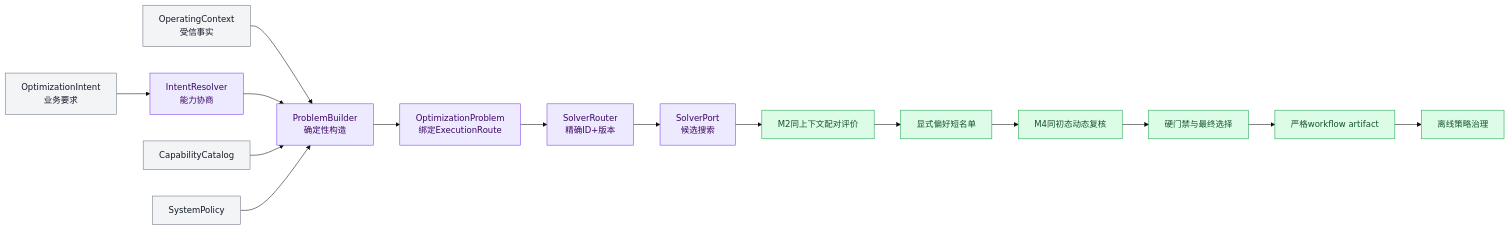
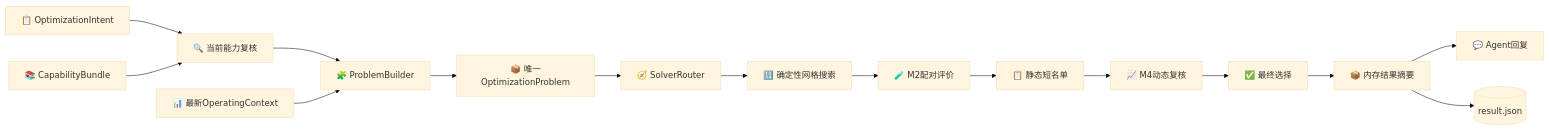
The diagram in docs/rto/01_RTO系统综合说明.md (lvguima/petroleum_rto_agent), drawn with Mermaid (base theme) before and after one commit. The commit also changed other lines of this file and 40 other files, not shown here.

````diff
--- a/docs/rto/01_RTO系统综合说明.md
+++ b/docs/rto/01_RTO系统综合说明.md
@@ -20,27 +20,20 @@
 ```mermaid
 flowchart LR
     accTitle: 当前离线RTO执行链
-    accDescr: 结构化意图和受信上下文分别校验后只构造一次不可变问题，问题绑定唯一执行路线；求解器通过统一评价边界取得M2和M4配对证据，最终结果再进入严格artifact与离线策略治理。
+    accDescr: 严格意图在当前能力下重新验证，与最新受信工况构造一次不可变问题；问题绑定网格搜索路线，候选经同上下文M2和M4评价后直接生成内存结果与简洁结果文件。
 
-    intent["OptimizationIntent\n业务要求"] --> resolver["IntentResolver\n能力协商"]
-    context["OperatingContext\n受信事实"] --> builder["ProblemBuilder\n确定性构造"]
-    resolver --> builder
-    catalog["CapabilityCatalog"] --> builder
-    policy["SystemPolicy"] --> builder
-    builder --> problem["OptimizationProblem\n绑定ExecutionRoute"]
-    problem --> router["SolverRouter\n精确ID+版本"]
-    router --> solver["SolverPort\n候选搜索"]
-    solver --> m2["M2同上下文配对评价"]
-    m2 --> shortlist["显式偏好短名单"]
-    shortlist --> m4["M4同初态动态复核"]
-    m4 --> final["硬门禁与最终选择"]
-    final --> artifact["严格workflow artifact"]
-    artifact --> strategy["离线策略治理"]
-
-    classDef source fill:#f3f4f6,stroke:#6b7280,color:#111827
-    classDef contract fill:#ede9fe,stroke:#7c3aed,color:#3b0764
-    classDef evidence fill:#dcfce7,stroke:#16a34a,color:#14532d
-    class intent,context,catalog,policy source
-    class resolver,builder,problem,router,solver contract
-    class m2,shortlist,m4,final,artifact,strategy evidence
+    intent[📋 OptimizationIntent] --> resolver[🔍 当前能力复核]
+    capability[📚 CapabilityBundle] --> resolver
+    resolver --> builder[🧩 ProblemBuilder]
+    context[📊 最新OperatingContext] --> builder
+    builder --> problem[📦 唯一OptimizationProblem]
+    problem --> router[🧭 SolverRouter]
+    router --> solver[🔢 确定性网格搜索]
+    solver --> m2[🧪 M2配对评价]
+    m2 --> shortlist[📋 静态短名单]
+    shortlist --> m4[📈 M4动态复核]
+    m4 --> final[✅ 最终选择]
+    final --> memory[📦 内存结果摘要]
+    memory --> reply[💬 Agent回复]
+    memory --> file[(result.json)]
 ```
````
